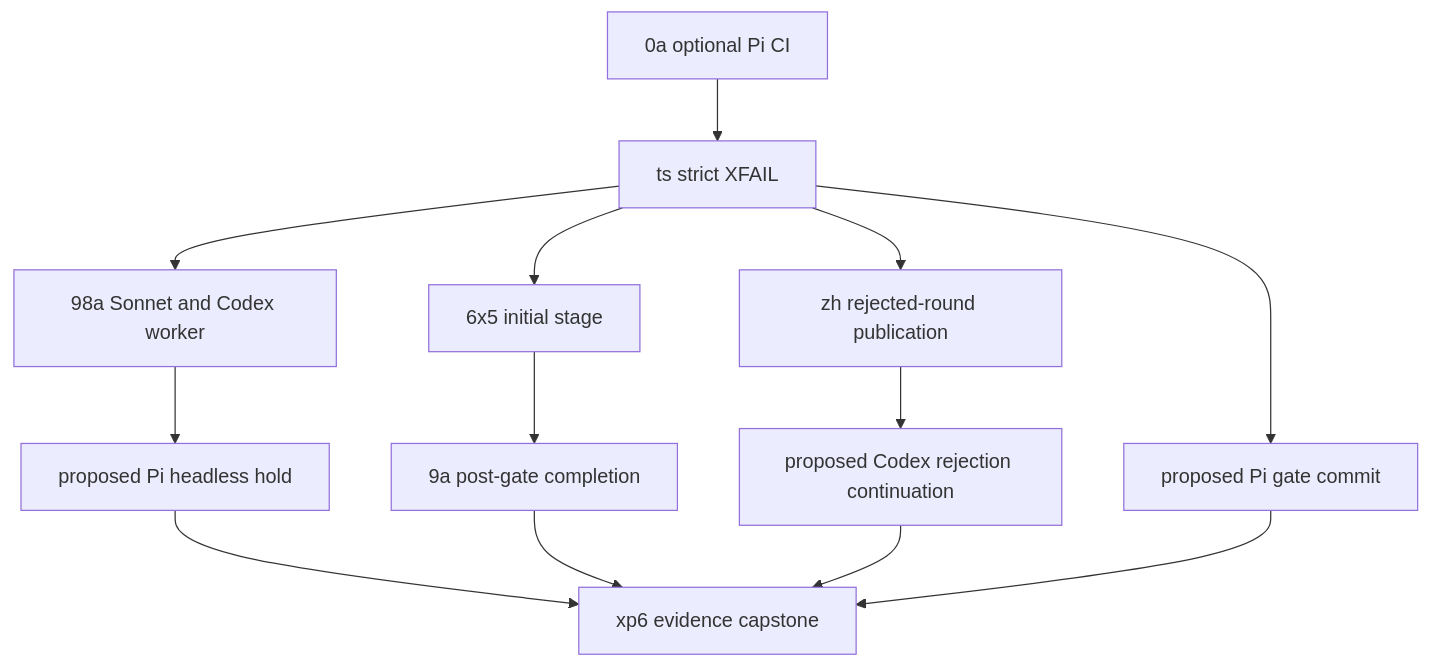
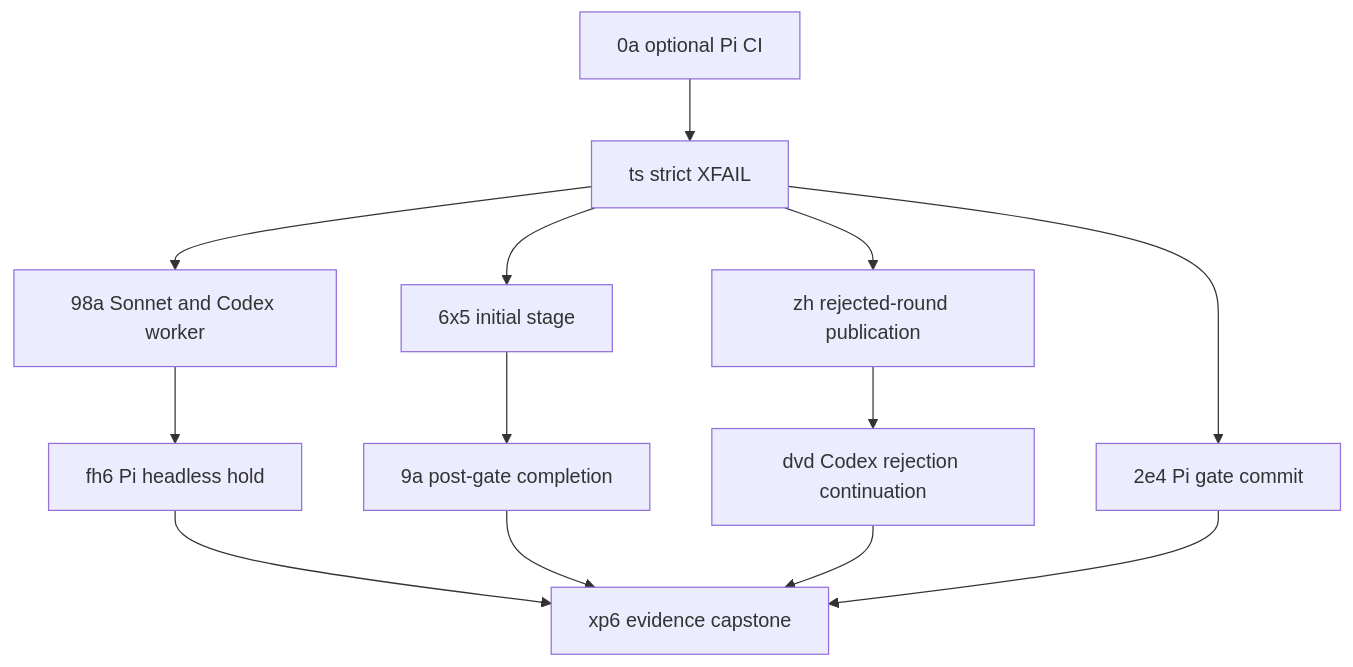
Before and after one commit to spacedock-dev/spacedock: the diagram in docs/roadmap/test-behavior-completeness/index.md, drawn with Mermaid. The commit also changed other lines of this file and 2 other files, not shown here.

````diff
--- a/docs/roadmap/test-behavior-completeness/index.md
+++ b/docs/roadmap/test-behavior-completeness/index.md
@@ -84,26 +79,26 @@
 ```mermaid
 flowchart TD
     A[0a optional Pi CI]
     T[ts strict XFAIL]
     H[98a Sonnet and Codex worker]
-    PH[proposed Pi headless hold]
+    PH[fh6 Pi headless hold]
     I[6x5 initial stage]
     K[9a post-gate completion]
     R[zh rejected-round publication]
-    CR[proposed Codex rejection continuation]
-    PG[proposed Pi gate commit]
+    CR[dvd Codex rejection continuation]
+    PG[2e4 Pi gate commit]
     X[xp6 evidence capstone]
 
     A --> T
     T --> H
     H --> PH
     T --> I
     I --> K
     T --> R
     R --> CR
     T --> PG
     PH --> X
     K --> X
     CR --> X
     PG --> X
 ```
````
